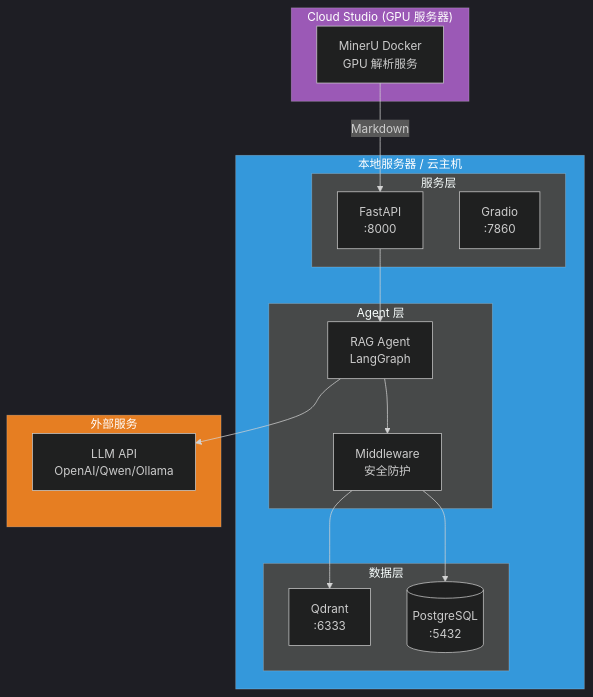
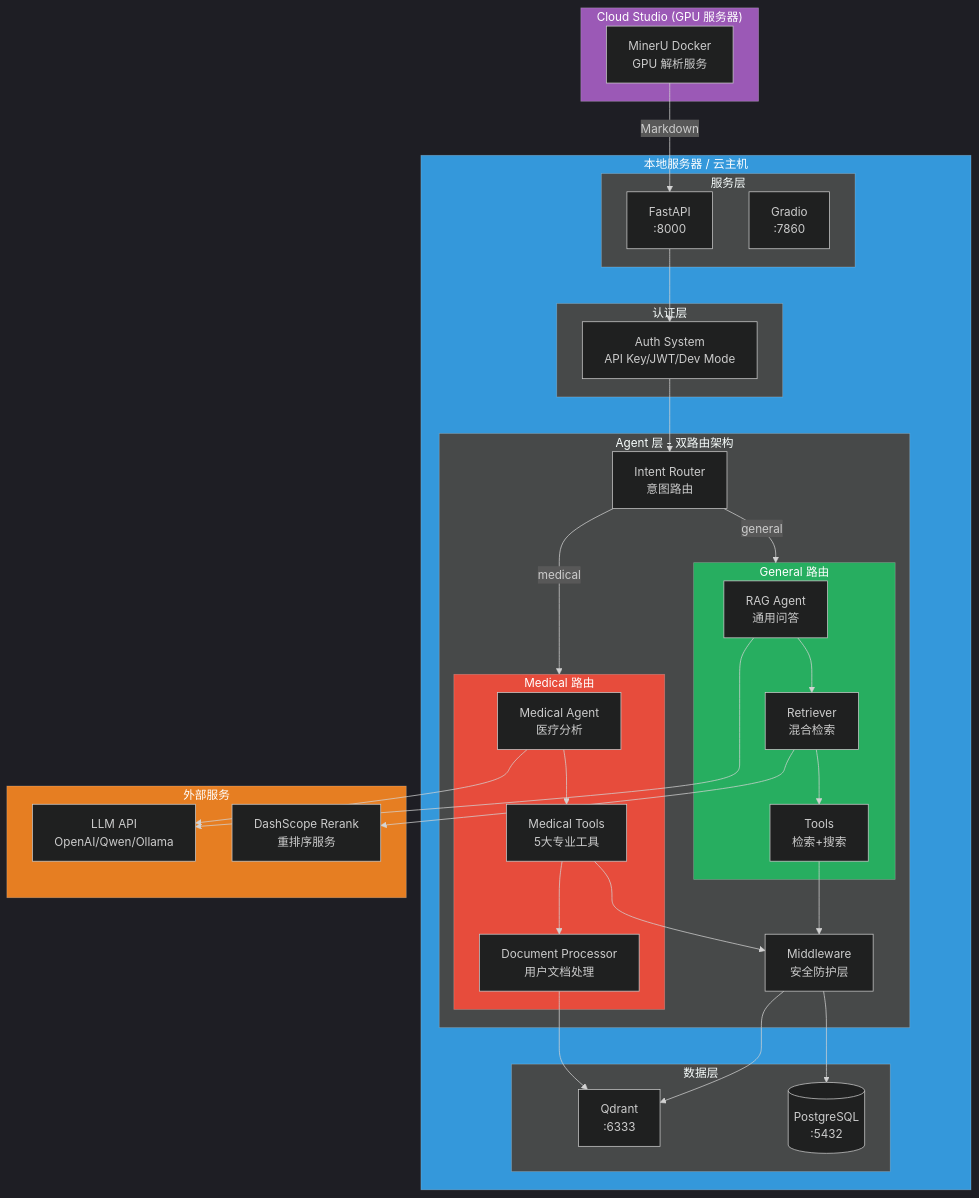
One commit to lwfeng-ch/rag_graph changed the first of 7 diagrams in DEPLOYMENT.md. Above: the diagram before and after it, drawn with Mermaid. The commit also changed other lines of this file and 54 other files, not shown here.

````diff
--- a/DEPLOYMENT.md
+++ b/DEPLOYMENT.md
@@ -22,39 +24,72 @@
 ```mermaid
 %%{init: {'theme': 'dark'}}%%
 flowchart TB
     subgraph Cloud["Cloud Studio (GPU 服务器)"]
         M[MinerU Docker<br/>GPU 解析服务]
     end
     
     subgraph Local["本地服务器 / 云主机"]
         subgraph Services["服务层"]
             API[FastAPI<br/>:8000]
             WEB[Gradio<br/>:7860]
         end
         
         subgraph Data["数据层"]
             Q[Qdrant<br/>:6333]
             PG[(PostgreSQL<br/>:5432)]
         end
         
-        subgraph Agent["Agent 层"]
-            RAG[RAG Agent<br/>LangGraph]
-            MW[Middleware<br/>安全防护]
+        subgraph Agent["Agent 层 - 双路由架构"]
+            subgraph GeneralRoute["General 路由"]
+                RAG[RAG Agent<br/>通用问答]
+                RET[Retriever<br/>混合检索]
+                TOOLS_G[Tools<br/>检索+搜索]
+            end
+            
+            subgraph MedicalRoute["Medical 路由"]
+                MED[Medical Agent<br/>医疗分析]
+                MED_TOOLS[Medical Tools<br/>5大专业工具]
+                DOC_PROC[Document Processor<br/>用户文档处理]
+            end
+            
+            ROUTER[Intent Router<br/>意图路由]
+            MW[Middleware<br/>安全防护层]
+        end
+        
+        subgraph Auth["认证层"]
+            AUTH_SYS[Auth System<br/>API Key/JWT/Dev Mode]
         end
     end
     
     subgraph External["外部服务"]
         LLM[LLM API<br/>OpenAI/Qwen/Ollama]
+        RERANK[DashScope Rerank<br/>重排序服务]
     end
     
     M -->|Markdown| API
-    API --> RAG
-    RAG --> MW
+    API --> AUTH_SYS
+    AUTH_SYS --> ROUTER
+    ROUTER -->|general| GeneralRoute
+    ROUTER -->|medical| MedicalRoute
+    
+    RAG --> RET
+    RET --> TOOLS_G
+    TOOLS_G --> MW
+    
+    MED --> MED_TOOLS
+    MED_TOOLS --> DOC_PROC
+    DOC_PROC --> Q
+    MED_TOOLS --> MW
+    
     MW --> Q
     MW --> PG
     RAG --> LLM
+    MED --> LLM
+    RET --> RERANK
     
     style Cloud fill:#9b59b6,color:#fff
     style Local fill:#3498db,color:#fff
     style External fill:#e67e22,color:#fff
+    style GeneralRoute fill:#27ae60,color:#fff
+    style MedicalRoute fill:#e74c3c,color:#fff
 ```
````
